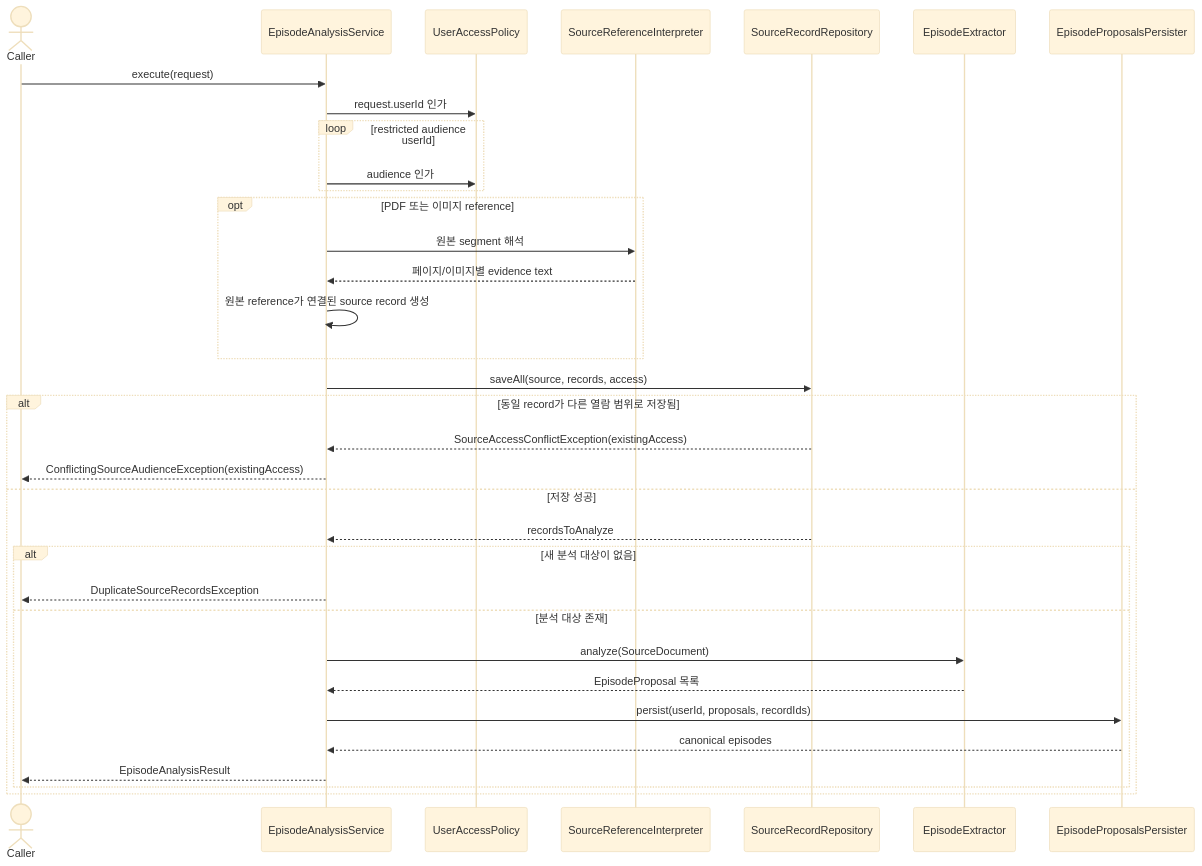
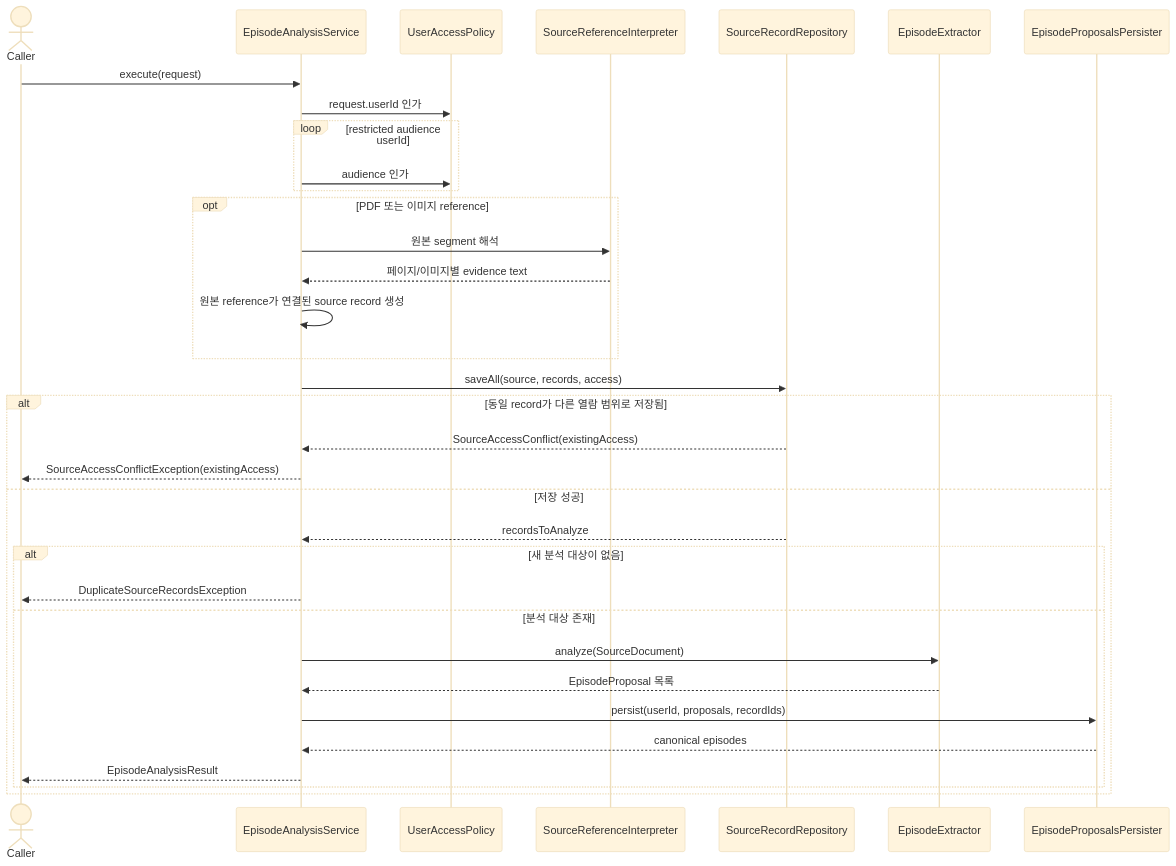
One commit to magenta1223/home_assistant changed the diagram in application/src/main/kotlin/com/homeassistant/application/usecase/memoryextraction/episode/README.md. Above: the diagram before and after it, drawn with Mermaid (base theme). The commit also changed other lines of this file and 27 other files, not shown here.

Commit message:
refactor: Return expected source port outcomes as results and align use case exception names

````diff
--- a/application/src/main/kotlin/com/homeassistant/application/usecase/memoryextraction/episode/README.md
+++ b/application/src/main/kotlin/com/homeassistant/application/usecase/memoryextraction/episode/README.md
@@ -17,37 +17,37 @@
 ```mermaid
 sequenceDiagram
     actor Caller
     participant Analysis as EpisodeAnalysisService
     participant Access as UserAccessPolicy
     participant Reference as SourceReferenceInterpreter
     participant Sources as SourceRecordRepository
     participant Extractor as EpisodeExtractor
     participant Persister as EpisodeProposalsPersister
 
     Caller->>Analysis: execute(request)
     Analysis->>Access: request.userId 인가
     loop restricted audience userId
         Analysis->>Access: audience 인가
     end
     opt PDF 또는 이미지 reference
         Analysis->>Reference: 원본 segment 해석
         Reference-->>Analysis: 페이지/이미지별 evidence text
         Analysis->>Analysis: 원본 reference가 연결된 source record 생성
     end
     Analysis->>Sources: saveAll(source, records, access)
     alt 동일 record가 다른 열람 범위로 저장됨
-        Sources-->>Analysis: SourceAccessConflictException(existingAccess)
-        Analysis-->>Caller: ConflictingSourceAudienceException(existingAccess)
+        Sources-->>Analysis: SourceAccessConflict(existingAccess)
+        Analysis-->>Caller: SourceAccessConflictException(existingAccess)
     else 저장 성공
         Sources-->>Analysis: recordsToAnalyze
         alt 새 분석 대상이 없음
             Analysis-->>Caller: DuplicateSourceRecordsException
         else 분석 대상 존재
             Analysis->>Extractor: analyze(SourceDocument)
             Extractor-->>Analysis: EpisodeProposal 목록
             Analysis->>Persister: persist(userId, proposals, recordIds)
             Persister-->>Analysis: canonical episodes
             Analysis-->>Caller: EpisodeAnalysisResult
         end
     end
 ```
````
